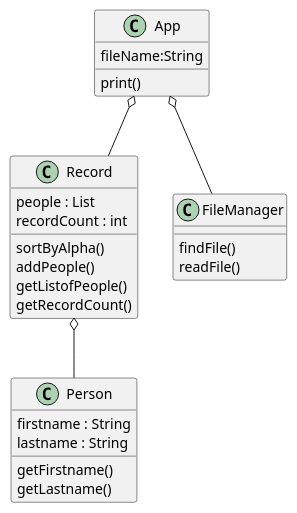
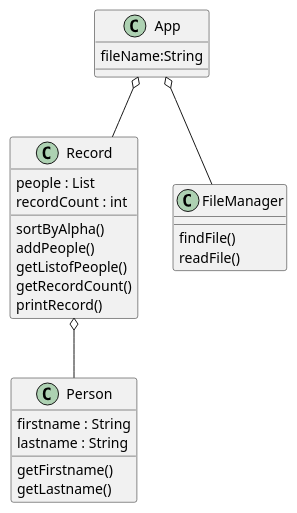
The diagram in src/main/java/ex41/NameSorter.puml (kingraham228/Ingraham-cop3330-assignment3), drawn with PlantUML before and after one commit. The commit also changed 5 other files, not shown here.

```diff
--- a/src/main/java/ex41/NameSorter.puml
+++ b/src/main/java/ex41/NameSorter.puml
@@ -1,31 +1,31 @@
 @startuml
 class Person{
 firstname : String
 lastname : String
 getFirstname()
 getLastname()
 }
 
 class Record{
 people : List
 recordCount : int
 sortByAlpha()
 addPeople()
 getListofPeople()
 getRecordCount()
+printRecord()
 }
 
 class App{
 fileName:String
-print()
 }
 
 class FileManager{
 findFile()
 readFile()
 }
 
 App o-- Record
 Record o-- Person
 App o-- FileManager
 @enduml
```
